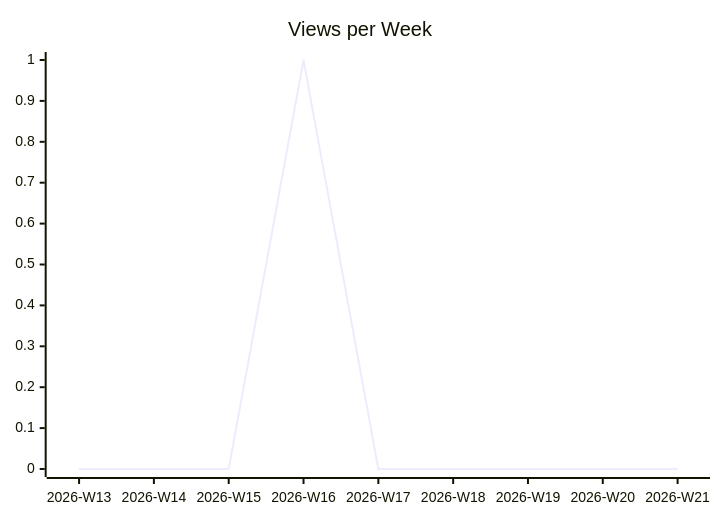
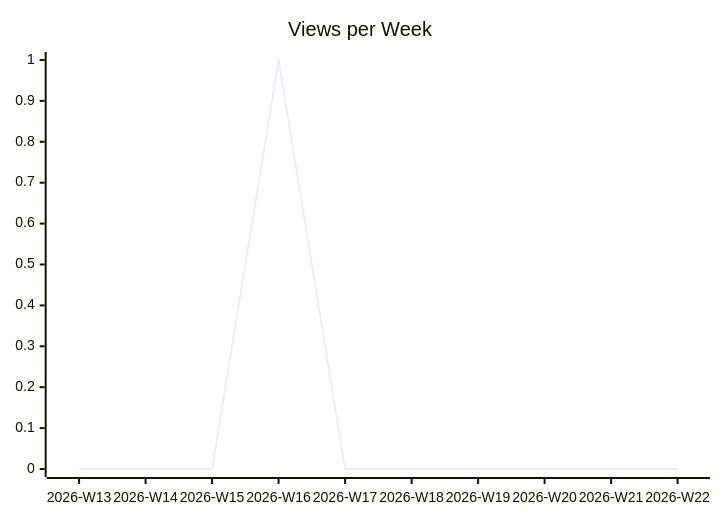
The second of 3 diagrams in justdavis-family/github-analytics-data/README.md (justdavis-family/github-analytics-data), drawn with Mermaid before and after one commit. The commit also changed other lines of this file and 190 other files, not shown here.

````diff
--- a/justdavis-family/github-analytics-data/README.md
+++ b/justdavis-family/github-analytics-data/README.md
@@ -12,6 +12,6 @@
 ```mermaid
 xychart-beta
   title "Views per Week"
-  x-axis ["2026-W13", "2026-W14", "2026-W15", "2026-W16", "2026-W17", "2026-W18", "2026-W19", "2026-W20", "2026-W21"]
-  line [0, 0, 0, 1, 0, 0, 0, 0, 0]
+  x-axis ["2026-W13", "2026-W14", "2026-W15", "2026-W16", "2026-W17", "2026-W18", "2026-W19", "2026-W20", "2026-W21", "2026-W22"]
+  line [0, 0, 0, 1, 0, 0, 0, 0, 0, 0]
 ```
````
